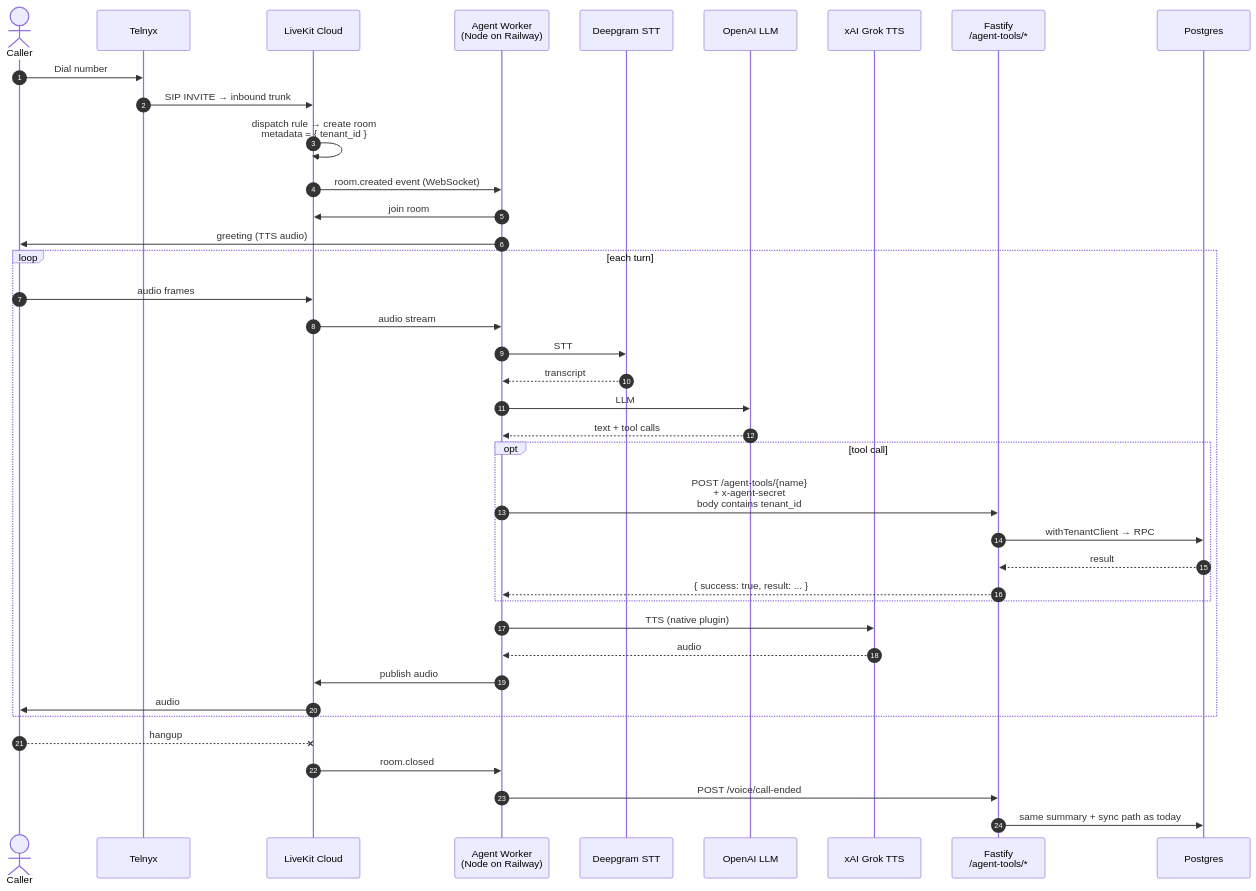
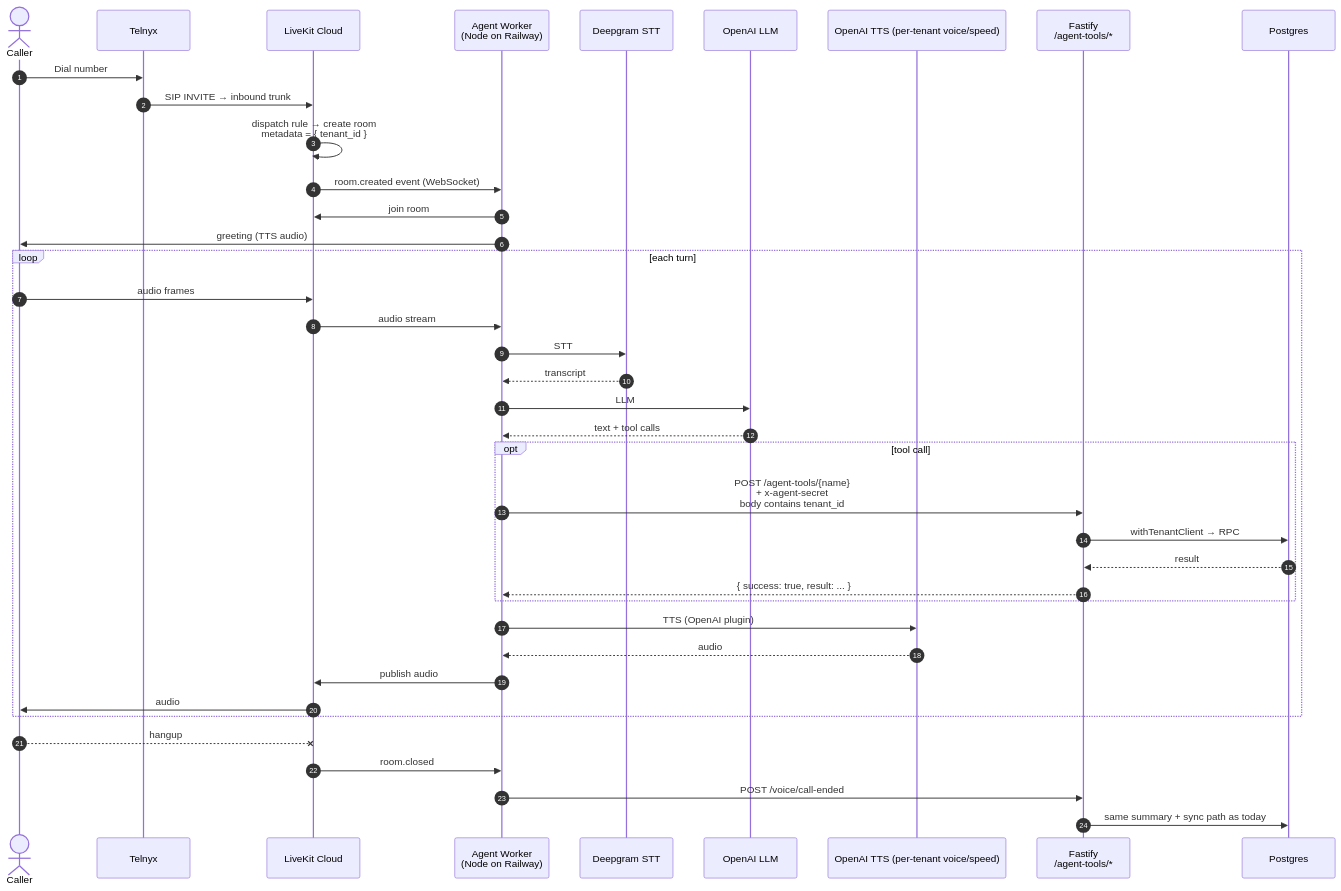
One commit to ddemott/ai-sec changed the diagram in docs/diagrams/04-voice-call-target-livekit.mmd. Above: the diagram before and after it, drawn with Mermaid. The commit also changed 26 other files, not shown here.

First line of the commit message:
docs: voice agent playbook + sync md/diagrams to OpenAI-TTS state & correct counts (#111)

```diff
--- a/docs/diagrams/04-voice-call-target-livekit.mmd
+++ b/docs/diagrams/04-voice-call-target-livekit.mmd
@@ -1,42 +1,42 @@
 sequenceDiagram
   autonumber
   actor Caller
   participant Telnyx
   participant LK as LiveKit Cloud
   participant Agent as Agent Worker<br/>(Node on Railway)
   participant DG as Deepgram STT
   participant OAI as OpenAI LLM
-  participant XAI as xAI Grok TTS
+  participant TTS as OpenAI TTS (per-tenant voice/speed)
   participant API as Fastify<br/>/agent-tools/*
   participant DB as Postgres
 
   Caller->>Telnyx: Dial number
   Telnyx->>LK: SIP INVITE → inbound trunk
   LK->>LK: dispatch rule → create room<br/>metadata = { tenant_id }
   LK->>Agent: room.created event (WebSocket)
   Agent->>LK: join room
   Agent->>Caller: greeting (TTS audio)
 
   loop each turn
     Caller->>LK: audio frames
     LK->>Agent: audio stream
     Agent->>DG: STT
     DG-->>Agent: transcript
     Agent->>OAI: LLM
     OAI-->>Agent: text + tool calls
     opt tool call
       Agent->>API: POST /agent-tools/{name}<br/>+ x-agent-secret<br/>body contains tenant_id
       API->>DB: withTenantClient → RPC
       DB-->>API: result
       API-->>Agent: { success: true, result: ... }
     end
-    Agent->>XAI: TTS (native plugin)
-    XAI-->>Agent: audio
+    Agent->>TTS: TTS (OpenAI plugin)
+    TTS-->>Agent: audio
     Agent->>LK: publish audio
     LK->>Caller: audio
   end
 
   Caller--xLK: hangup
   LK->>Agent: room.closed
   Agent->>API: POST /voice/call-ended
   API->>DB: same summary + sync path as today
```
